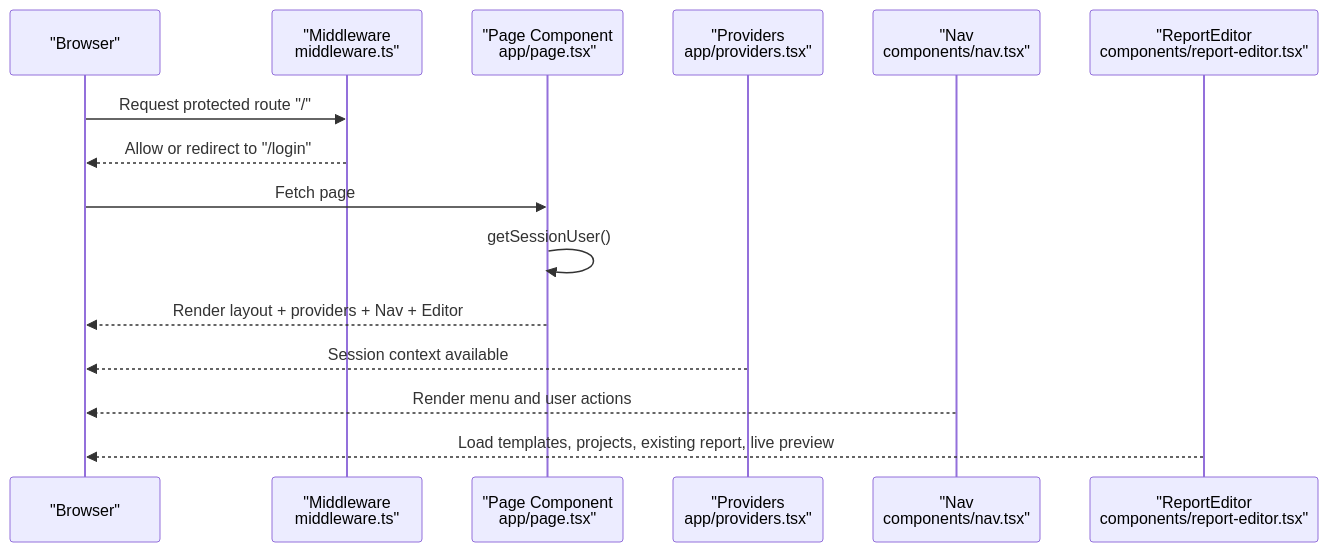
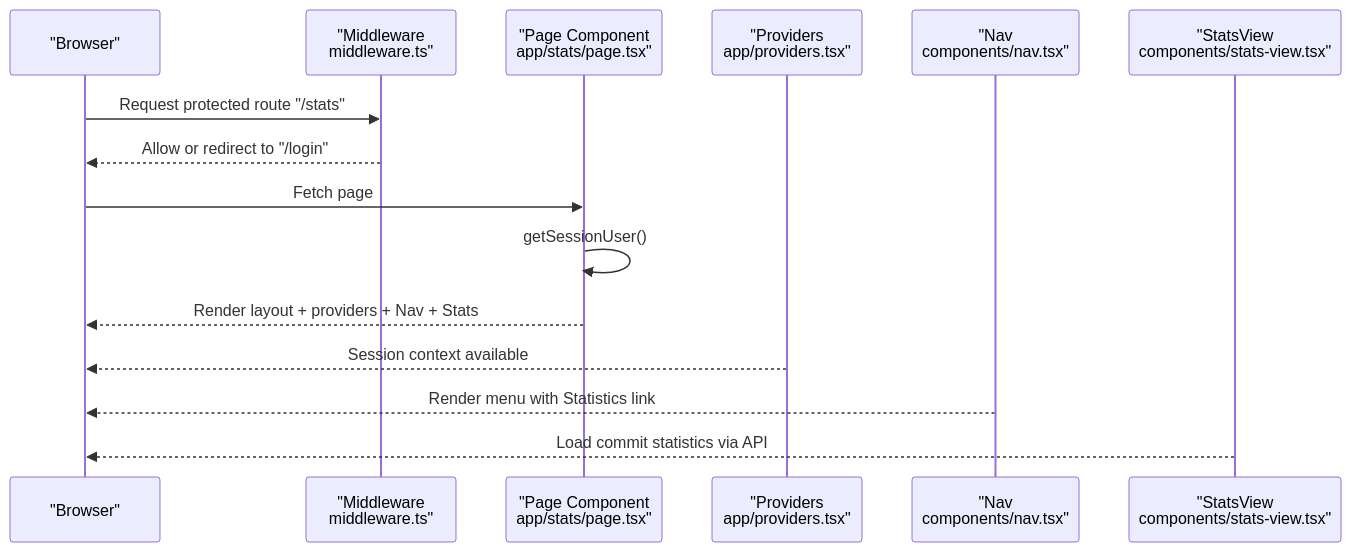
One commit to jrj444/git-daily changed the second of 13 diagrams in .qoder/repowiki/en/content/Frontend Components/Frontend Components.md. Above: the diagram before and after it, drawn with Mermaid. The commit also changed other lines of this file and 26 other files, not shown here.

````diff
--- a/.qoder/repowiki/en/content/Frontend Components/Frontend Components.md
+++ b/.qoder/repowiki/en/content/Frontend Components/Frontend Components.md
@@ -143,17 +202,17 @@
 ```mermaid
 sequenceDiagram
 participant Browser as "Browser"
 participant Middleware as "Middleware<br/>middleware.ts"
-participant Page as "Page Component<br/>app/page.tsx"
+participant Page as "Page Component<br/>app/stats/page.tsx"
 participant Provider as "Providers<br/>app/providers.tsx"
 participant Nav as "Nav<br/>components/nav.tsx"
-participant Editor as "ReportEditor<br/>components/report-editor.tsx"
-Browser->>Middleware : Request protected route "/"
+participant Stats as "StatsView<br/>components/stats-view.tsx"
+Browser->>Middleware : Request protected route "/stats"
 Middleware-->>Browser : Allow or redirect to "/login"
 Browser->>Page : Fetch page
 Page->>Page : getSessionUser()
-Page-->>Browser : Render layout + providers + Nav + Editor
+Page-->>Browser : Render layout + providers + Nav + Stats
 Provider-->>Browser : Session context available
-Nav-->>Browser : Render menu and user actions
-Editor-->>Browser : Load templates, projects, existing report, live preview
+Nav-->>Browser : Render menu with Statistics link
+Stats-->>Browser : Load commit statistics via API
 ```
````
